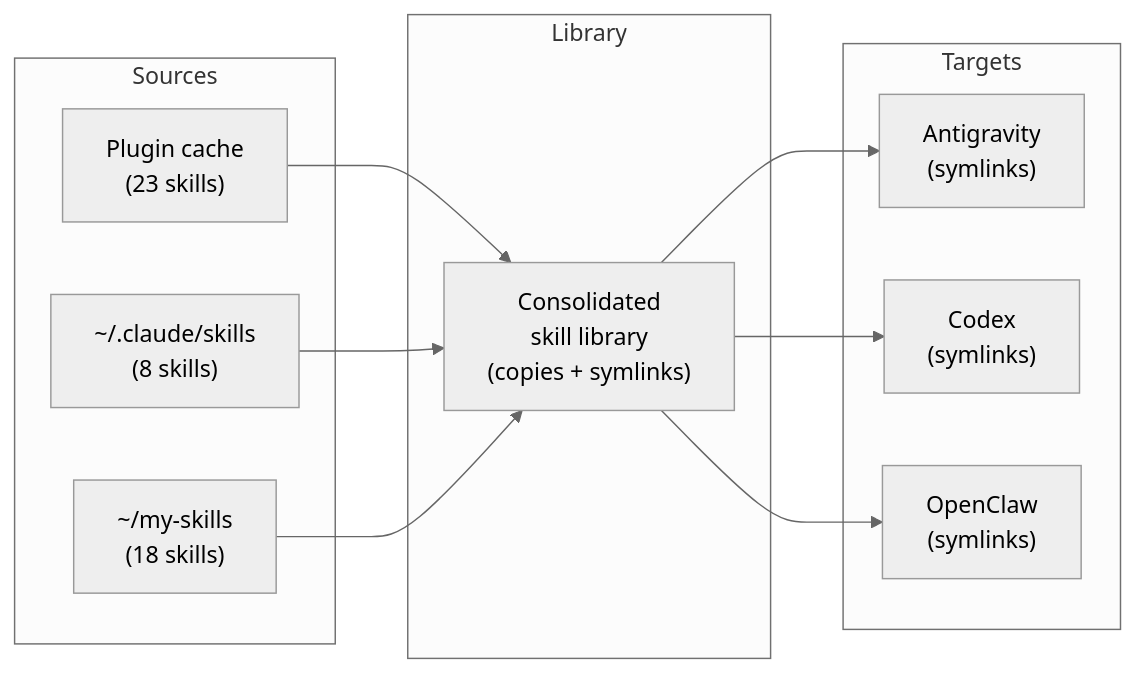
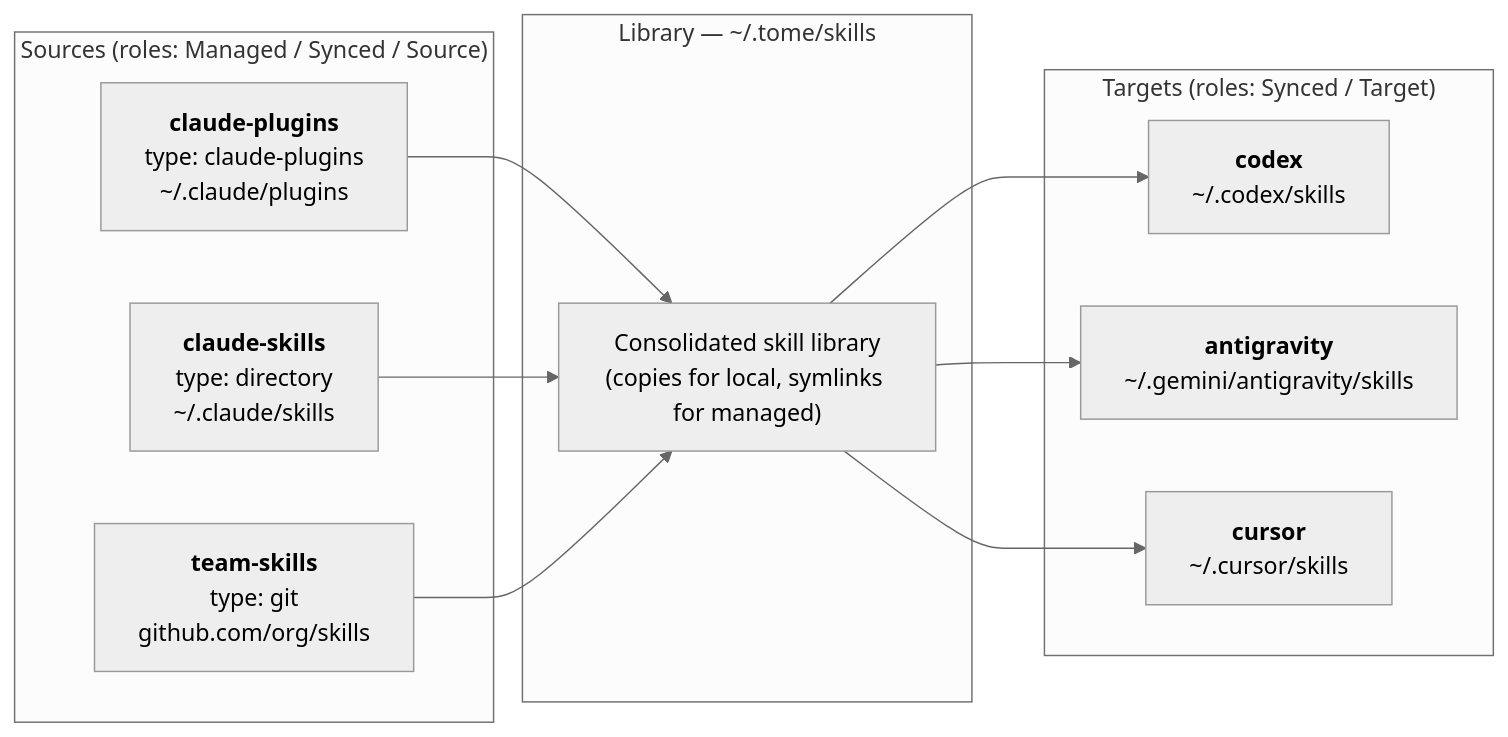
Before and after one commit to MartinP7r/tome: the diagram in docs/src/introduction.md, drawn with Mermaid (neutral theme). The commit also changed other lines of this file and 5 other files, not shown here.

First line of the commit message:
docs(pages): enable mdbook-mermaid + refresh introduction diagram (#450)

````diff
--- a/docs/src/introduction.md
+++ b/docs/src/introduction.md
@@ -37,25 +39,25 @@
 ```mermaid
 graph LR
-    subgraph Sources
-        S1["Plugin cache<br/>(23 skills)"]
-        S2["~/.claude/skills<br/>(8 skills)"]
-        S3["~/my-skills<br/>(18 skills)"]
+    subgraph Sources["Sources (roles: Managed / Synced / Source)"]
+        S1["<b>claude-plugins</b><br/>type: claude-plugins<br/>~/.claude/plugins"]
+        S2["<b>claude-skills</b><br/>type: directory<br/>~/.claude/skills"]
+        S3["<b>team-skills</b><br/>type: git<br/>github.com/org/skills"]
     end
 
-    subgraph Library
-        L["Consolidated<br/>skill library<br/>(copies + symlinks)"]
+    subgraph Library["Library — ~/.tome/skills"]
+        L["Consolidated skill library<br/>(copies for local, symlinks for managed)"]
     end
 
-    subgraph Targets
-        T1["Antigravity<br/>(symlinks)"]
-        T2["Codex<br/>(symlinks)"]
-        T3["OpenClaw<br/>(symlinks)"]
+    subgraph Targets["Targets (roles: Synced / Target)"]
+        T1["<b>codex</b><br/>~/.codex/skills"]
+        T2["<b>antigravity</b><br/>~/.gemini/antigravity/skills"]
+        T3["<b>cursor</b><br/>~/.cursor/skills"]
     end
 
     S1 --> L
     S2 --> L
     S3 --> L
     L --> T1
     L --> T2
     L --> T3
 ```
````
